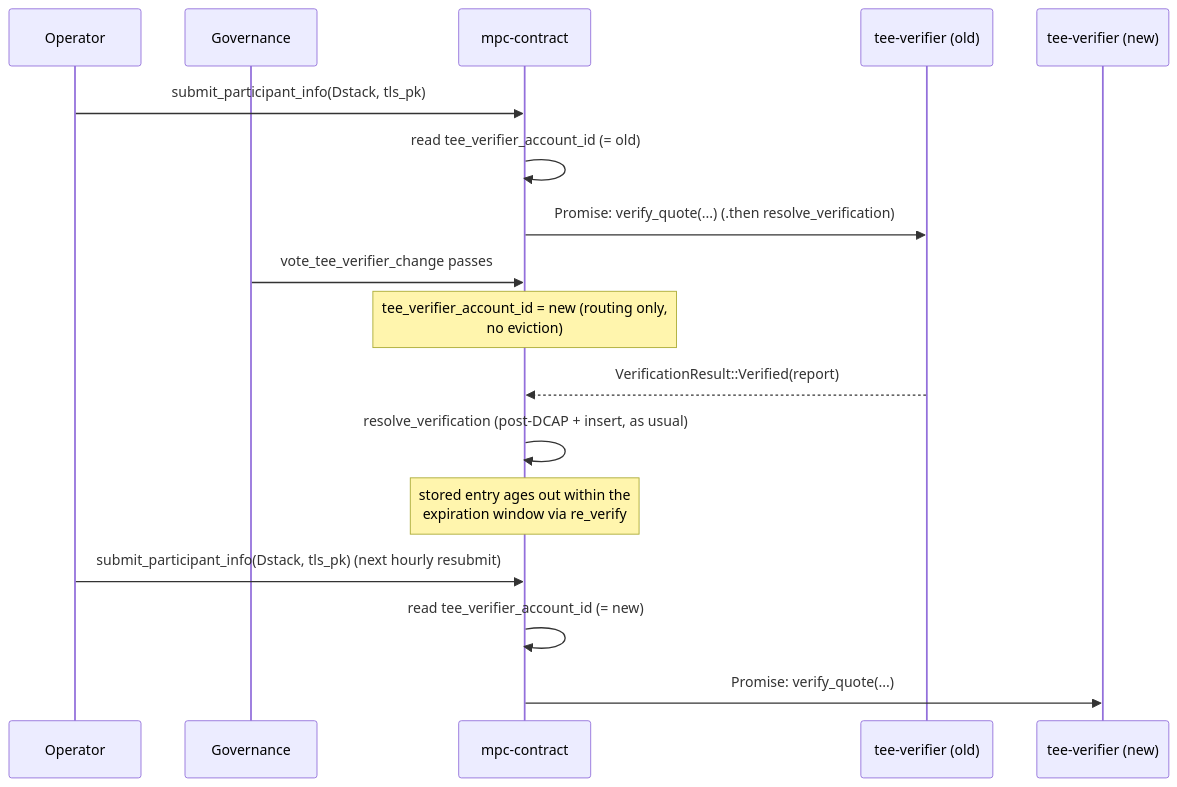
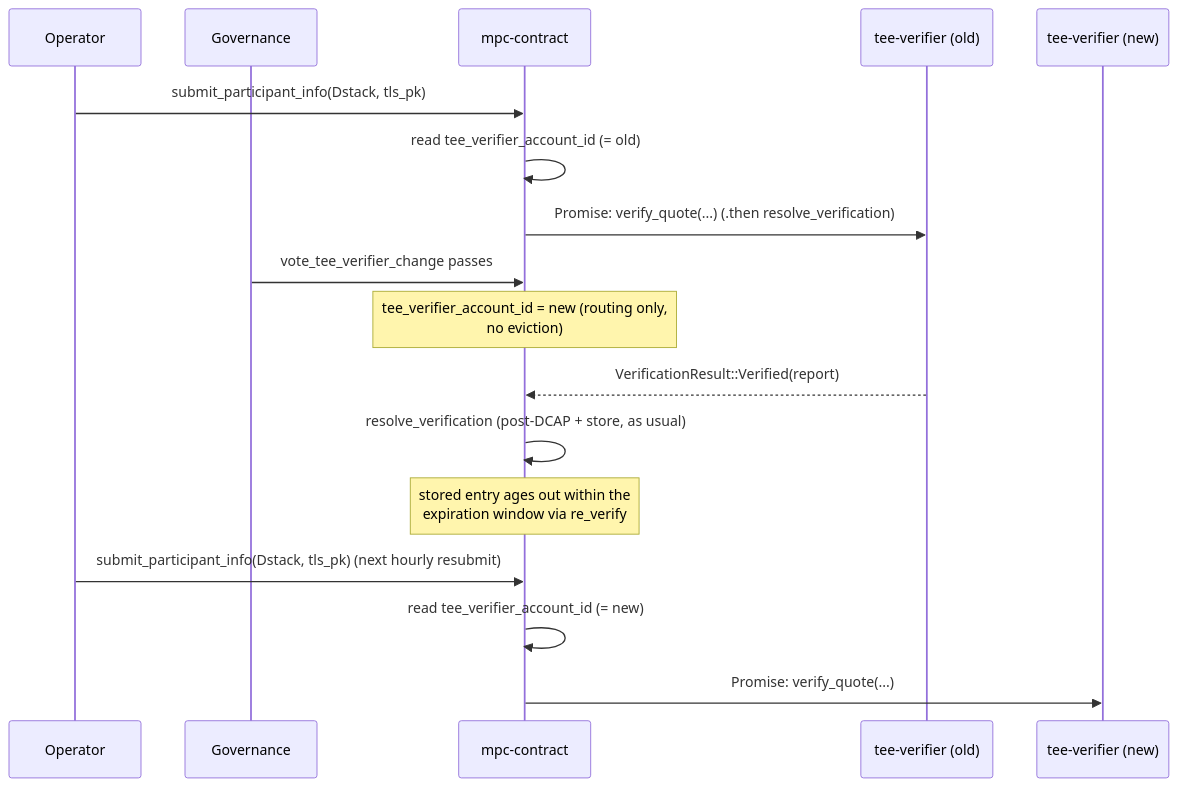
One commit to near/mpc changed the sixth of 6 diagrams in docs/design/attestation-verifier-contract.md. Above: the diagram before and after it, drawn with Mermaid. The commit also changed other lines of this file and 5 other files, not shown here.

````diff
--- a/docs/design/attestation-verifier-contract.md
+++ b/docs/design/attestation-verifier-contract.md
@@ -360,23 +358,23 @@
 ```mermaid
 sequenceDiagram
     participant Op as Operator
     participant Gov as Governance
     participant MPC as mpc-contract
     participant VerOld as tee-verifier (old)
     participant VerNew as tee-verifier (new)
 
     Op->>MPC: submit_participant_info(Dstack, tls_pk)
     MPC->>MPC: read tee_verifier_account_id (= old)
     MPC->>VerOld: Promise: verify_quote(...) (.then resolve_verification)
 
     Gov->>MPC: vote_tee_verifier_change passes
     Note over MPC: tee_verifier_account_id = new (routing only,<br/>no eviction)
 
     VerOld-->>MPC: VerificationResult::Verified(report)
-    MPC->>MPC: resolve_verification (post-DCAP + insert, as usual)
+    MPC->>MPC: resolve_verification (post-DCAP + store, as usual)
     Note over MPC: stored entry ages out within the<br/>expiration window via re_verify
 
     Op->>MPC: submit_participant_info(Dstack, tls_pk) (next hourly resubmit)
     MPC->>MPC: read tee_verifier_account_id (= new)
     MPC->>VerNew: Promise: verify_quote(...)
 ```
````
